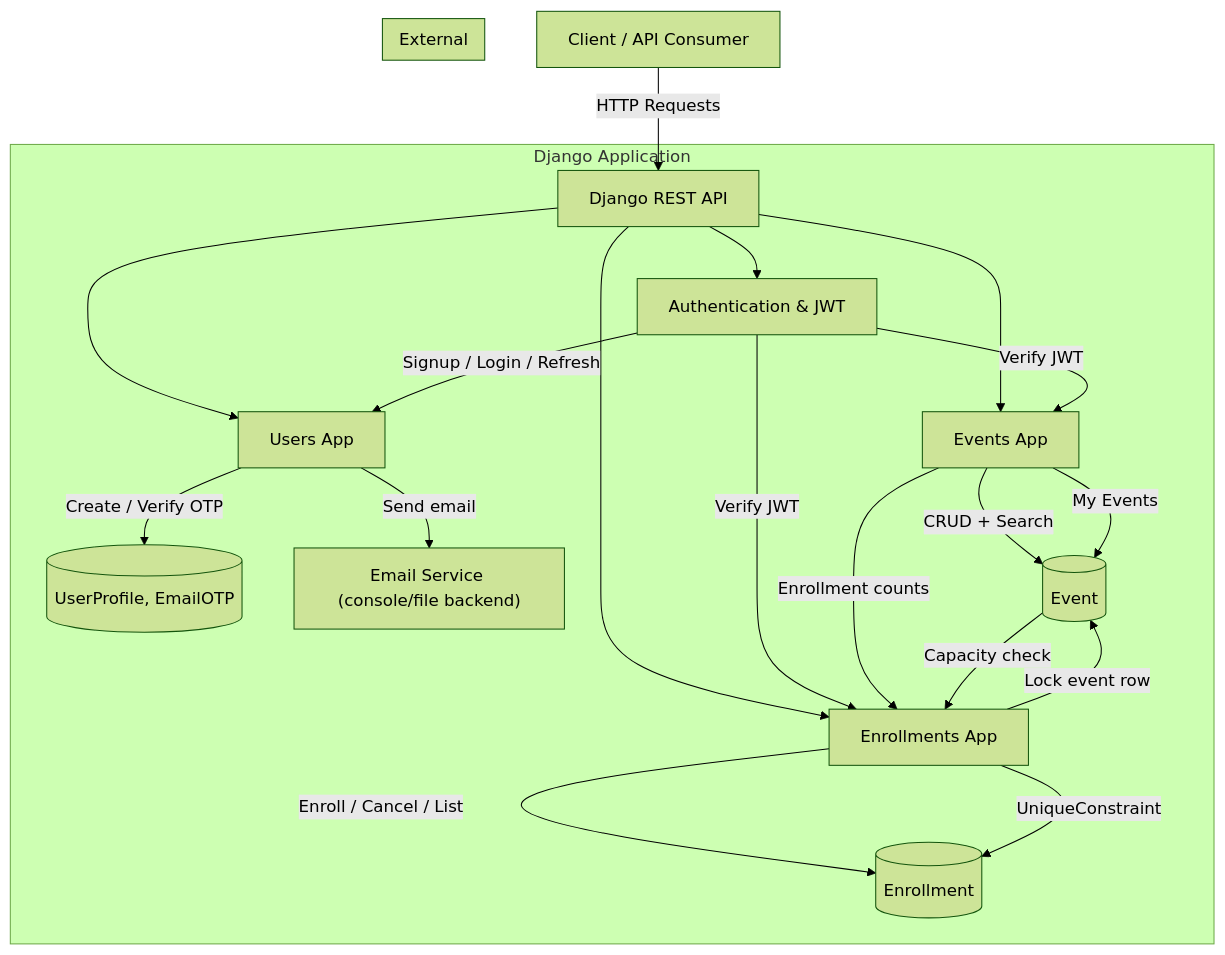
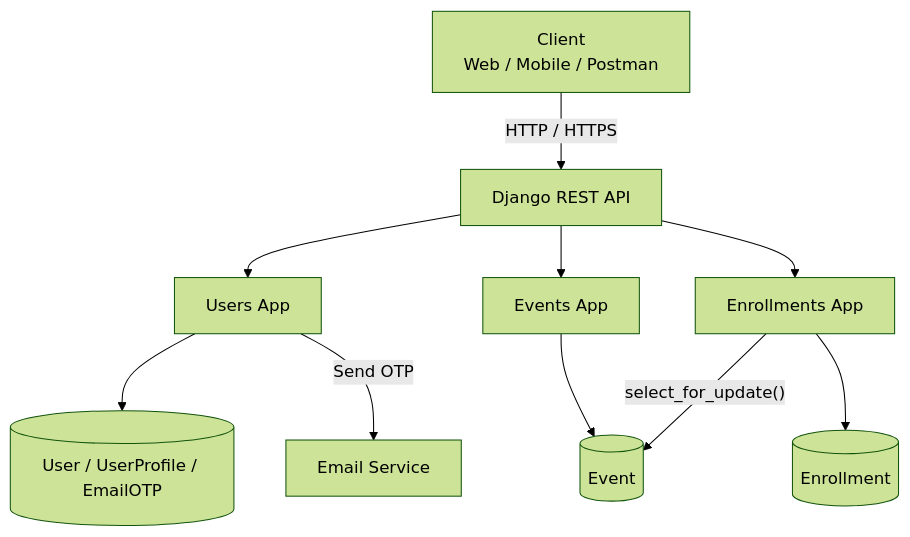
The diagram in Readme.md (anshul-create/aohum-assignement), drawn with Mermaid (forest theme) before and after one commit.

Commit message:
docs: update project README

````diff
--- a/Readme.md
+++ b/Readme.md
@@ -1,32 +1,18 @@
 ```mermaid
 graph TD
-    Client[Client / API Consumer] -->|HTTP Requests| API[Django REST API]
+    Client["Client<br/>Web / Mobile / Postman"]
+    API["Django REST API"]
 
-    subgraph "Django Application"
-        API --> Auth[Authentication & JWT]
-        API --> Users[Users App]
-        API --> Events[Events App]
-        API --> Enrollments[Enrollments App]
+    Client -->|"HTTP / HTTPS"| API
 
-        Auth -->|Signup / Login / Refresh| Users
-        Auth -->|Verify JWT| Events
-        Auth -->|Verify JWT| Enrollments
+    API --> Users["Users App"]
+    API --> Events["Events App"]
+    API --> Enrollments["Enrollments App"]
 
-        Users -->|Create / Verify OTP| UserDB[(UserProfile, EmailOTP)]
-        Users -->|Send email| Email
+    Users --> UserDB[("User / UserProfile / EmailOTP")]
+    Events --> EventDB[("Event")]
+    Enrollments --> EnrollmentDB[("Enrollment")]
 
-        Events -->|CRUD + Search| EventDB[(Event)]
-        Events -->|My Events| EventDB
-        Events -->|Enrollment counts| Enrollments
-
-        Enrollments -->|Enroll / Cancel / List| EnrollmentDB[(Enrollment)]
-        Enrollments -->|Lock event row| EventDB
-        Enrollments -->|UniqueConstraint| EnrollmentDB
-
-        EventDB -->|Capacity check| Enrollments
-    end
-
-    subgraph External
-        Email["Email Service (console/file backend)"]
-    end
+    Enrollments -->|"select_for_update()"| EventDB
+    Users -->|"Send OTP"| Email["Email Service"]
 ```
````
